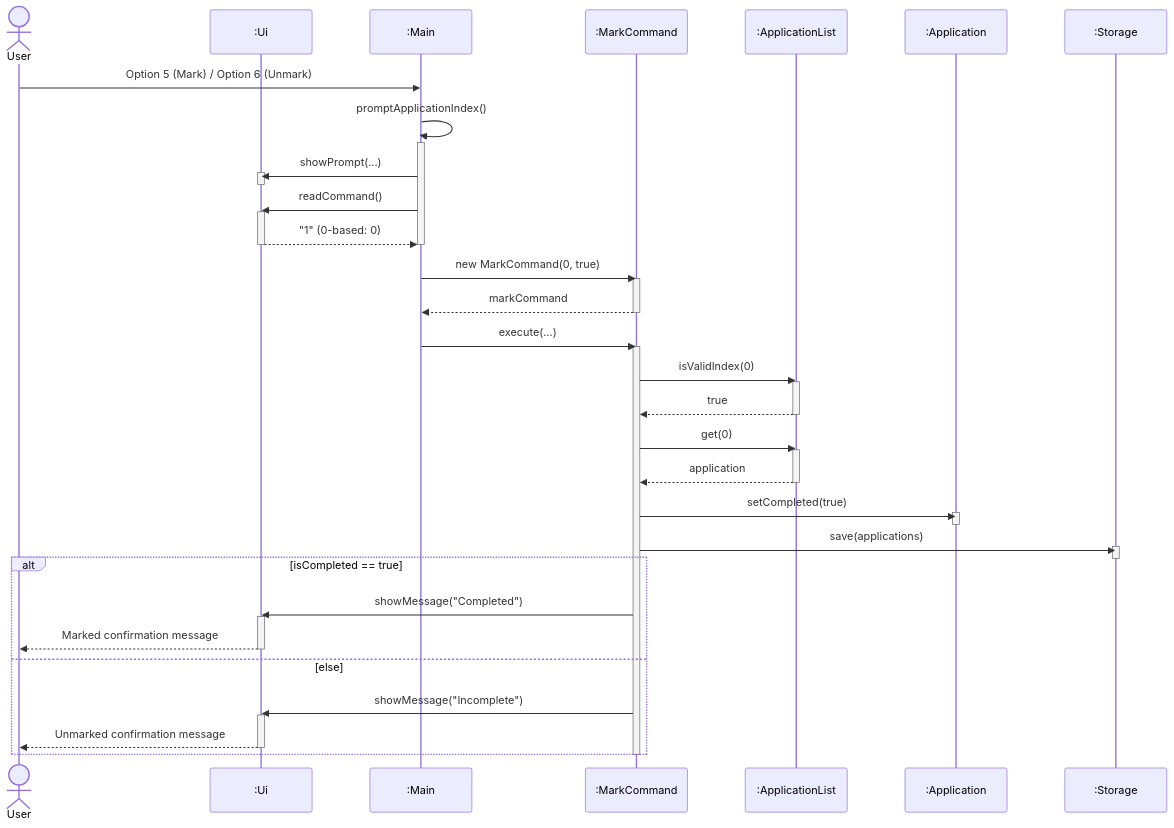
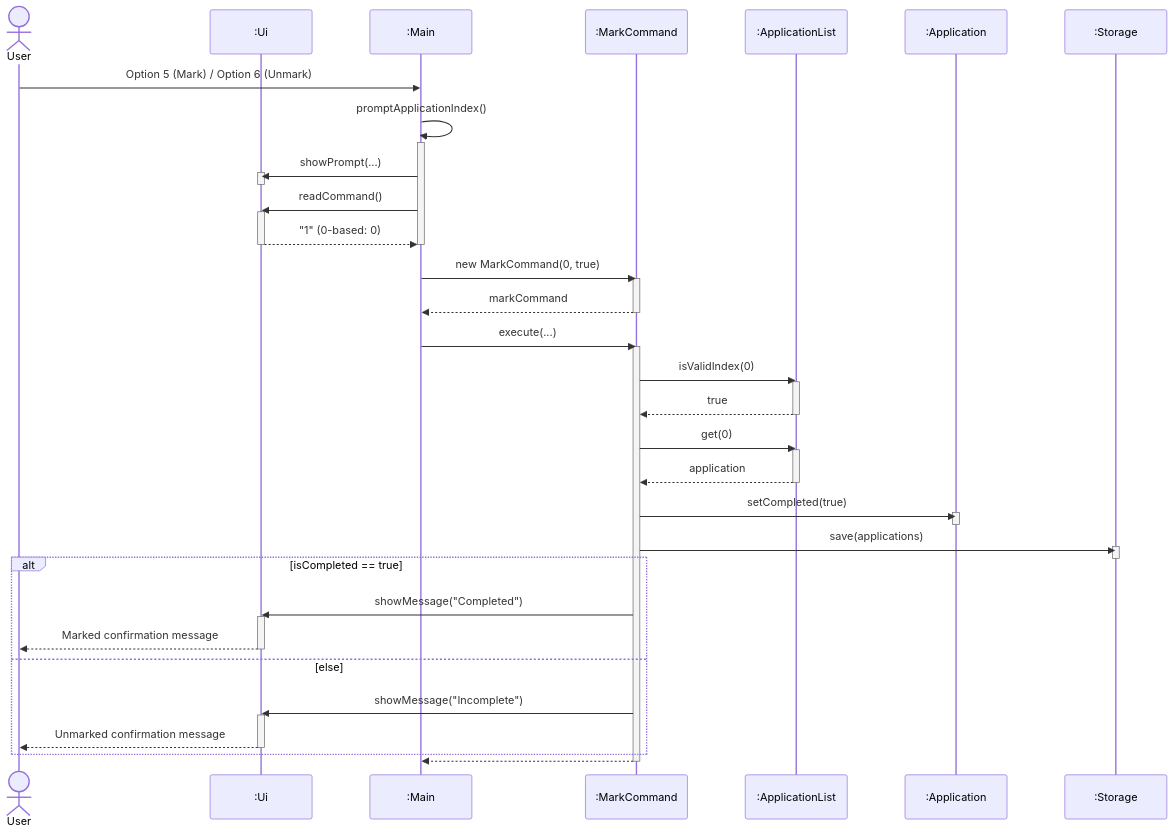
The diagram in docs/diagrams/sources/mark-application-sequence.mmd (AY2627S1-CS2113-T10-2/tp), drawn with Mermaid before and after one commit. The commit also changed 27 other files, not shown here.

```diff
--- a/docs/diagrams/sources/mark-application-sequence.mmd
+++ b/docs/diagrams/sources/mark-application-sequence.mmd
@@ -1,55 +1,58 @@
+%%{init: {'theme': 'default', 'sequence': {'actorMargin': 85, 'messageMargin': 45}}}%%
+%%{init: {'theme': 'default', 'sequence': {'actorMargin': 85, 'messageMargin': 45}}}%%
 %%{init: {'theme': 'default', 'sequence': {'actorMargin': 85, 'messageMargin': 45}}}%%
 sequenceDiagram
     actor user as User
     participant ui as :Ui
     participant main as :Main
     participant cmd as :MarkCommand
     participant list as :ApplicationList
     participant app as :Application
     participant storage as :Storage
 
     user->>main: Option 5 (Mark) / Option 6 (Unmark)
     main->>main: promptApplicationIndex()
     activate main
     main->>ui: showPrompt(...)
     activate ui
     deactivate ui
     main->>ui: readCommand()
     activate ui
     ui-->>main: "1" (0-based: 0)
     deactivate ui
     deactivate main
     main->>cmd: new MarkCommand(0, true)
     activate cmd
     cmd-->>main: markCommand
     deactivate cmd
     main->>cmd: execute(...)
     activate cmd
     cmd->>list: isValidIndex(0)
     activate list
     list-->>cmd: true
     deactivate list
     cmd->>list: get(0)
     activate list
     list-->>cmd: application
     deactivate list
     cmd->>app: setCompleted(true)
     activate app
     deactivate app
     cmd->>storage: save(applications)
     activate storage
     deactivate storage
 
     alt isCompleted == true
         cmd->>ui: showMessage("Completed")
         activate ui
         ui-->>user: Marked confirmation message
         deactivate ui
     else else
         cmd->>ui: showMessage("Incomplete")
         activate ui
         ui-->>user: Unmarked confirmation message
         deactivate ui
     end
 
+    cmd-->>main: 
     deactivate cmd
```
